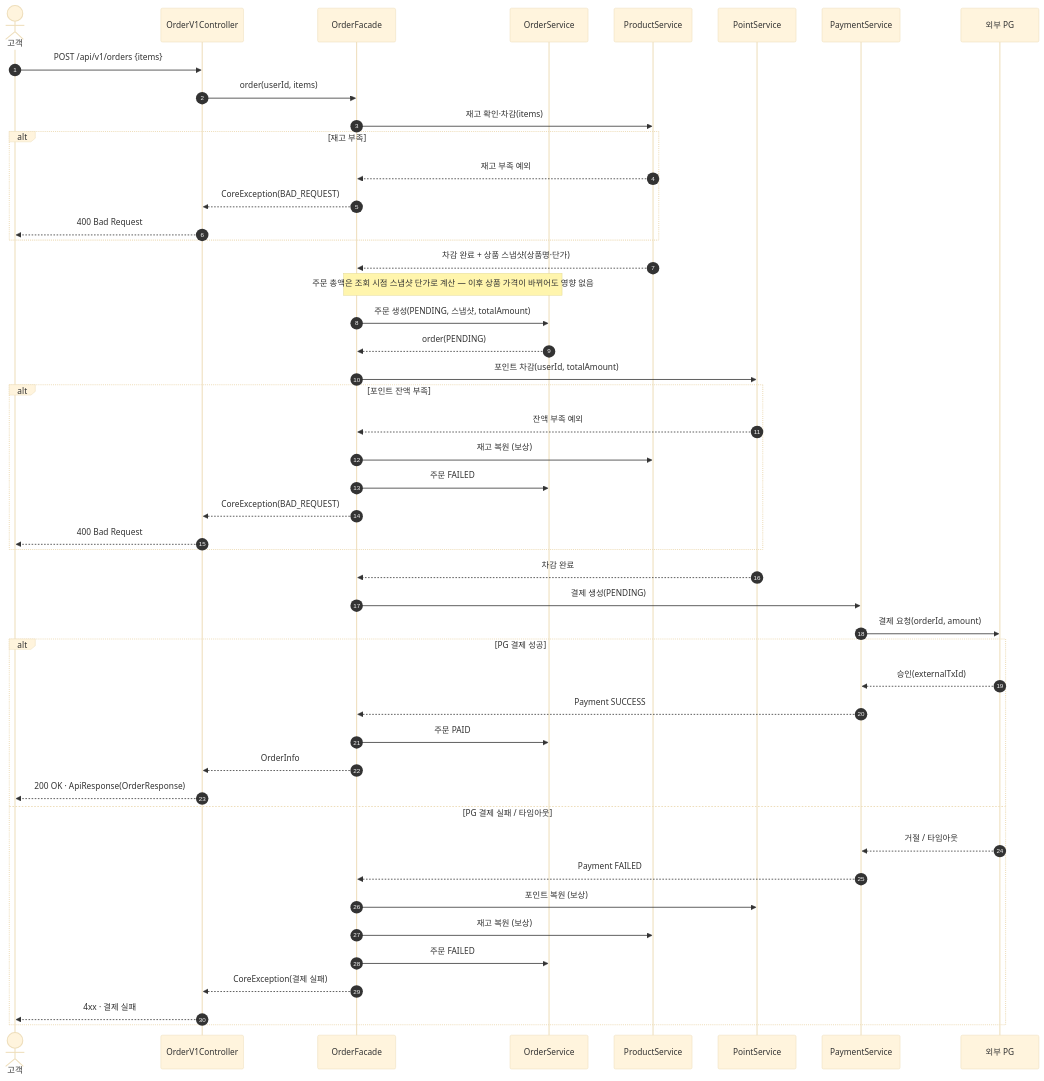
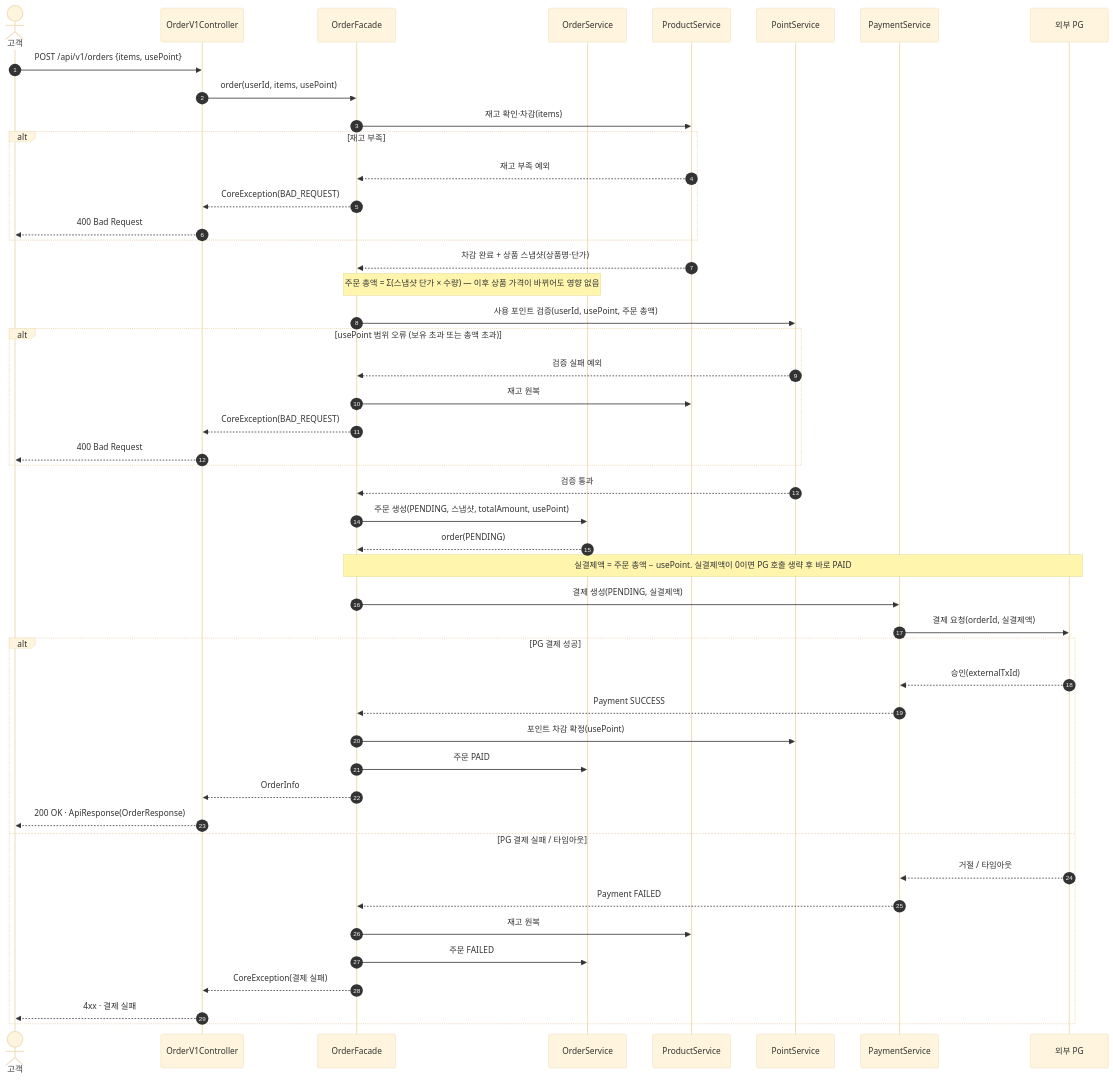
Before and after one commit to loopers-labs/loop-pack-be-l2-vol4-java: the first of 5 diagrams in .docs/design/02-sequence-diagrams.md, drawn with Mermaid (base theme). The commit also changed other lines of this file and 3 other files, not shown here.

````diff
--- a/.docs/design/02-sequence-diagrams.md
+++ b/.docs/design/02-sequence-diagrams.md
@@ -10,55 +10,55 @@
 ```mermaid
 sequenceDiagram
     autonumber
     actor User as 고객
     participant API as OrderV1Controller
     participant Facade as OrderFacade
     participant OrderSvc as OrderService
     participant ProductSvc as ProductService
     participant PointSvc as PointService
     participant PaySvc as PaymentService
     participant PG as 외부 PG
 
-    User->>API: POST /api/v1/orders {items}
-    API->>Facade: order(userId, items)
+    User->>API: POST /api/v1/orders {items, usePoint}
+    API->>Facade: order(userId, items, usePoint)
 
     Facade->>ProductSvc: 재고 확인·차감(items)
     alt 재고 부족
         ProductSvc-->>Facade: 재고 부족 예외
         Facade-->>API: CoreException(BAD_REQUEST)
         API-->>User: 400 Bad Request
     end
     ProductSvc-->>Facade: 차감 완료 + 상품 스냅샷(상품명·단가)
-    Note over Facade,OrderSvc: 주문 총액은 조회 시점 스냅샷 단가로 계산 — 이후 상품 가격이 바뀌어도 영향 없음
+    Note over Facade,OrderSvc: 주문 총액 = Σ(스냅샷 단가 × 수량) — 이후 상품 가격이 바뀌어도 영향 없음
 
-    Facade->>OrderSvc: 주문 생성(PENDING, 스냅샷, totalAmount)
-    OrderSvc-->>Facade: order(PENDING)
-
-    Facade->>PointSvc: 포인트 차감(userId, totalAmount)
-    alt 포인트 잔액 부족
-        PointSvc-->>Facade: 잔액 부족 예외
-        Facade->>ProductSvc: 재고 복원 (보상)
-        Facade->>OrderSvc: 주문 FAILED
+    Facade->>PointSvc: 사용 포인트 검증(userId, usePoint, 주문 총액)
+    alt usePoint 범위 오류 (보유 초과 또는 총액 초과)
+        PointSvc-->>Facade: 검증 실패 예외
+        Facade->>ProductSvc: 재고 원복
         Facade-->>API: CoreException(BAD_REQUEST)
         API-->>User: 400 Bad Request
     end
-    PointSvc-->>Facade: 차감 완료
+    PointSvc-->>Facade: 검증 통과
 
-    Facade->>PaySvc: 결제 생성(PENDING)
-    PaySvc->>PG: 결제 요청(orderId, amount)
+    Facade->>OrderSvc: 주문 생성(PENDING, 스냅샷, totalAmount, usePoint)
+    OrderSvc-->>Facade: order(PENDING)
+
+    Note over Facade,PG: 실결제액 = 주문 총액 − usePoint. 실결제액이 0이면 PG 호출 생략 후 바로 PAID
+    Facade->>PaySvc: 결제 생성(PENDING, 실결제액)
+    PaySvc->>PG: 결제 요청(orderId, 실결제액)
     alt PG 결제 성공
         PG-->>PaySvc: 승인(externalTxId)
         PaySvc-->>Facade: Payment SUCCESS
+        Facade->>PointSvc: 포인트 차감 확정(usePoint)
         Facade->>OrderSvc: 주문 PAID
         Facade-->>API: OrderInfo
         API-->>User: 200 OK · ApiResponse(OrderResponse)
     else PG 결제 실패 / 타임아웃
         PG-->>PaySvc: 거절 / 타임아웃
         PaySvc-->>Facade: Payment FAILED
-        Facade->>PointSvc: 포인트 복원 (보상)
-        Facade->>ProductSvc: 재고 복원 (보상)
+        Facade->>ProductSvc: 재고 원복
         Facade->>OrderSvc: 주문 FAILED
         Facade-->>API: CoreException(결제 실패)
         API-->>User: 4xx · 결제 실패
     end
 ```
````
